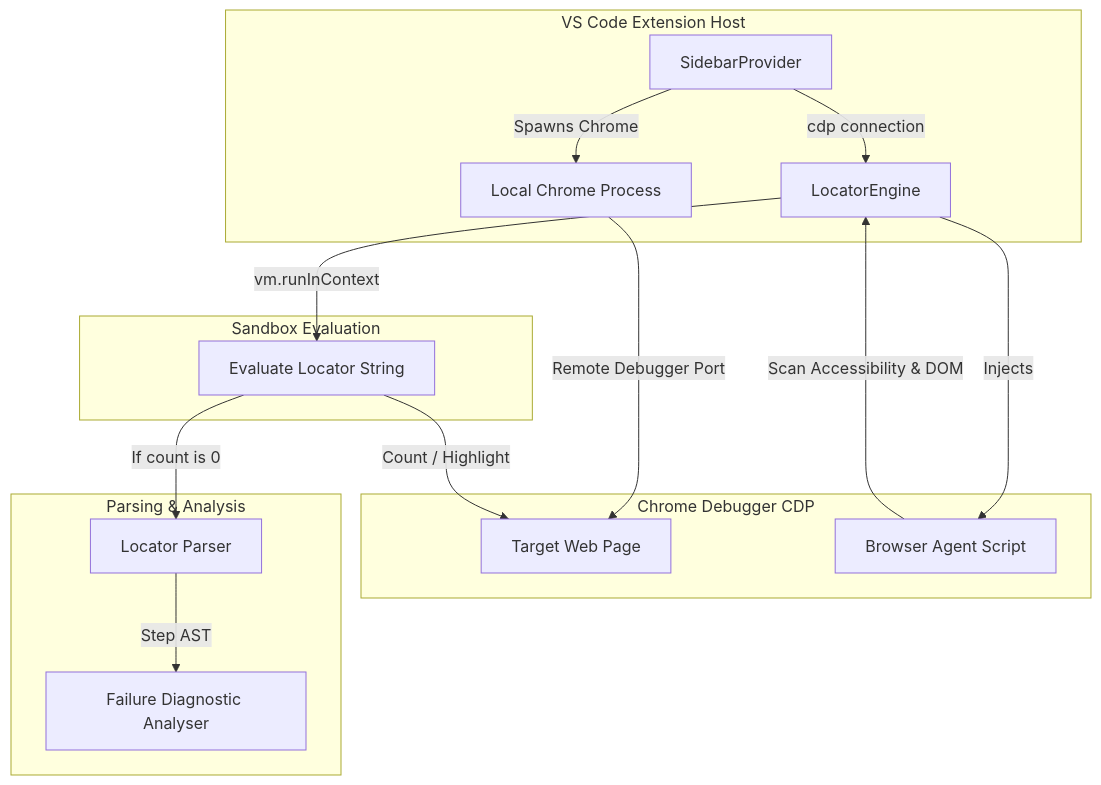
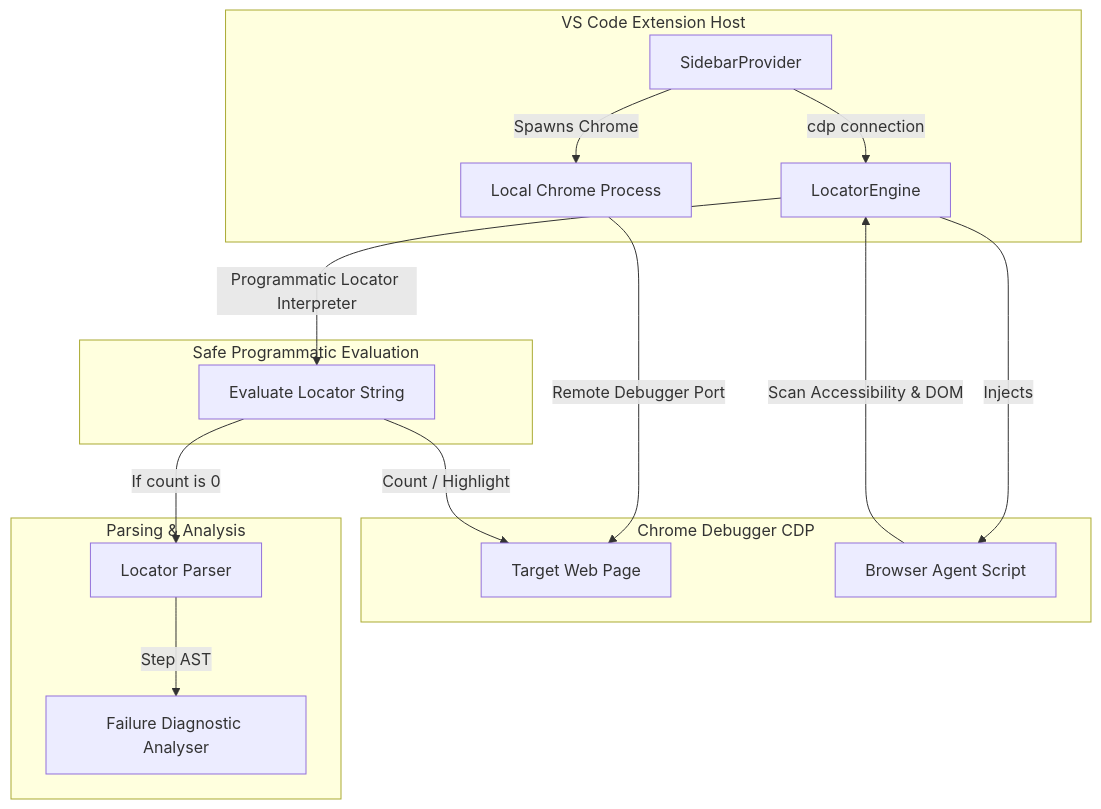
One commit to Sudharsandhoni/PlaywrightLocatorToolkit changed the diagram in README.md. Above: the diagram before and after it, drawn with Mermaid. The commit also changed other lines of this file and 27 other files, not shown here.

````diff
--- a/README.md
+++ b/README.md
@@ -63,23 +63,23 @@
 ```mermaid
 flowchart TD
     subgraph VS Code Extension Host
         A[SidebarProvider] -->|Spawns Chrome| B[Local Chrome Process]
         A -->|cdp connection| C[LocatorEngine]
     end
 
     subgraph Chrome Debugger CDP
         B -->|Remote Debugger Port| D[Target Web Page]
         C -->|Injects| E[Browser Agent Script]
     end
 
-    subgraph Sandbox Evaluation
-        C -->|vm.runInContext| F[Evaluate Locator String]
+    subgraph Safe Programmatic Evaluation
+        C -->|Programmatic Locator Interpreter| F[Evaluate Locator String]
         F -->|Count / Highlight| D
         E -->|Scan Accessibility & DOM| C
     end
 
     subgraph Parsing & Analysis
         F -->|If count is 0| G[Locator Parser]
         G -->|Step AST| H[Failure Diagnostic Analyser]
     end
 ```
````
